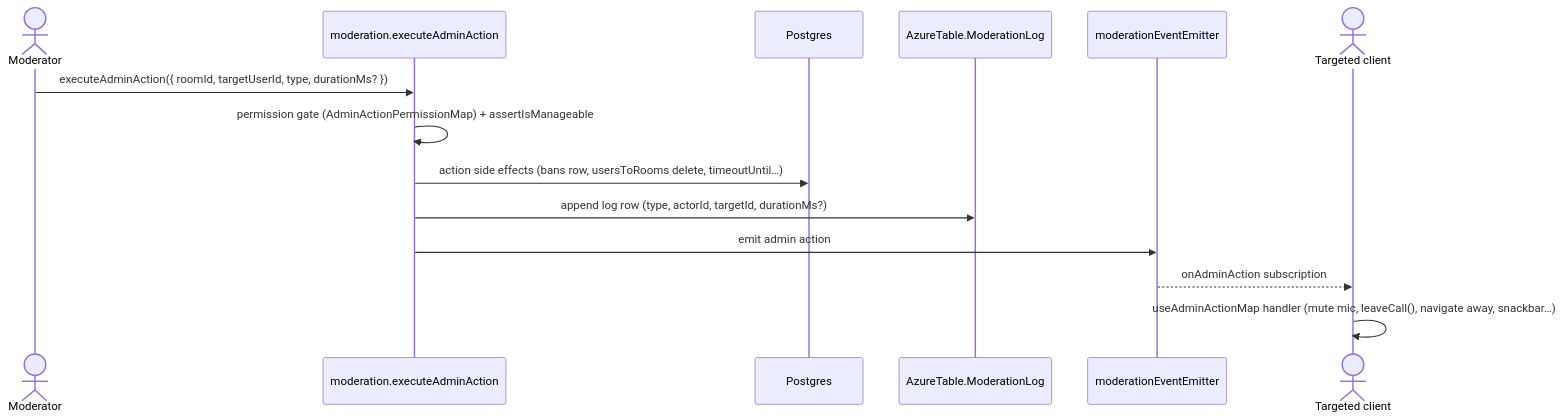
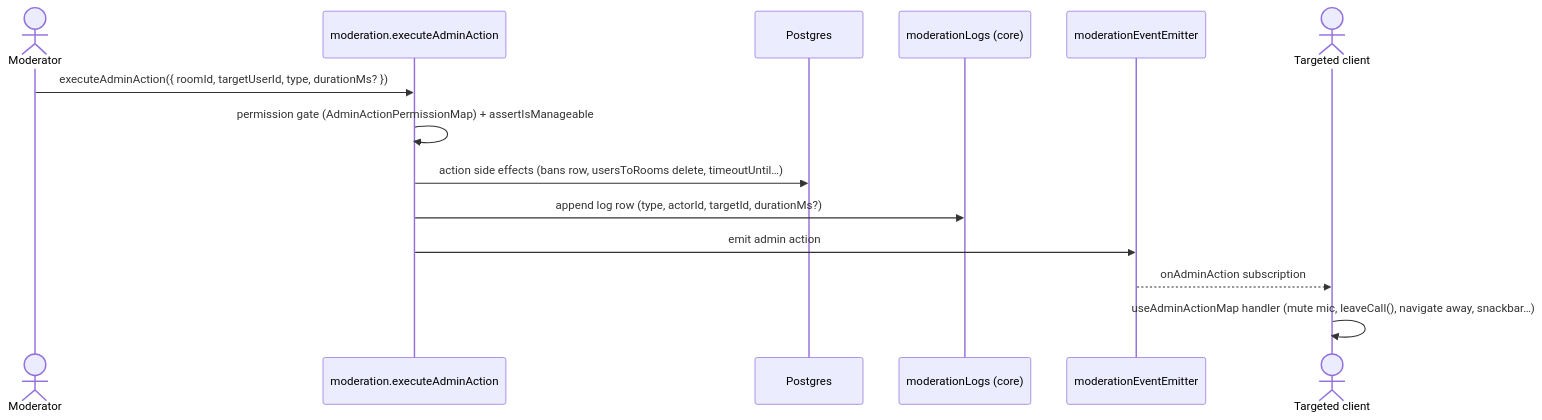
One commit to Esposter/Esposter changed the diagram in openspec/specs/esbabbler/moderation/design.md. Above: the diagram before and after it, drawn with Mermaid. The commit also changed other lines of this file and 22 other files, not shown here.

````diff
--- a/openspec/specs/esbabbler/moderation/design.md
+++ b/openspec/specs/esbabbler/moderation/design.md
@@ -9,17 +9,17 @@
 ```mermaid
 sequenceDiagram
     actor Mod as Moderator
     participant R as moderation.executeAdminAction
     participant PG as Postgres
-    participant AT as AzureTable.ModerationLog
+    participant ML as moderationLogs (core)
     participant E as moderationEventEmitter
     actor T as Targeted client
 
     Mod->>R: executeAdminAction({ roomId, targetUserId, type, durationMs? })
     R->>R: permission gate (AdminActionPermissionMap) + assertIsManageable
     R->>PG: action side effects (bans row, usersToRooms delete, timeoutUntil…)
-    R->>AT: append log row (type, actorId, targetId, durationMs?)
+    R->>ML: append log row (type, actorId, targetId, durationMs?)
     R->>E: emit admin action
     E-->>T: onAdminAction subscription
     T->>T: useAdminActionMap handler (mute mic, leaveCall(), navigate away, snackbar…)
 ```
````
